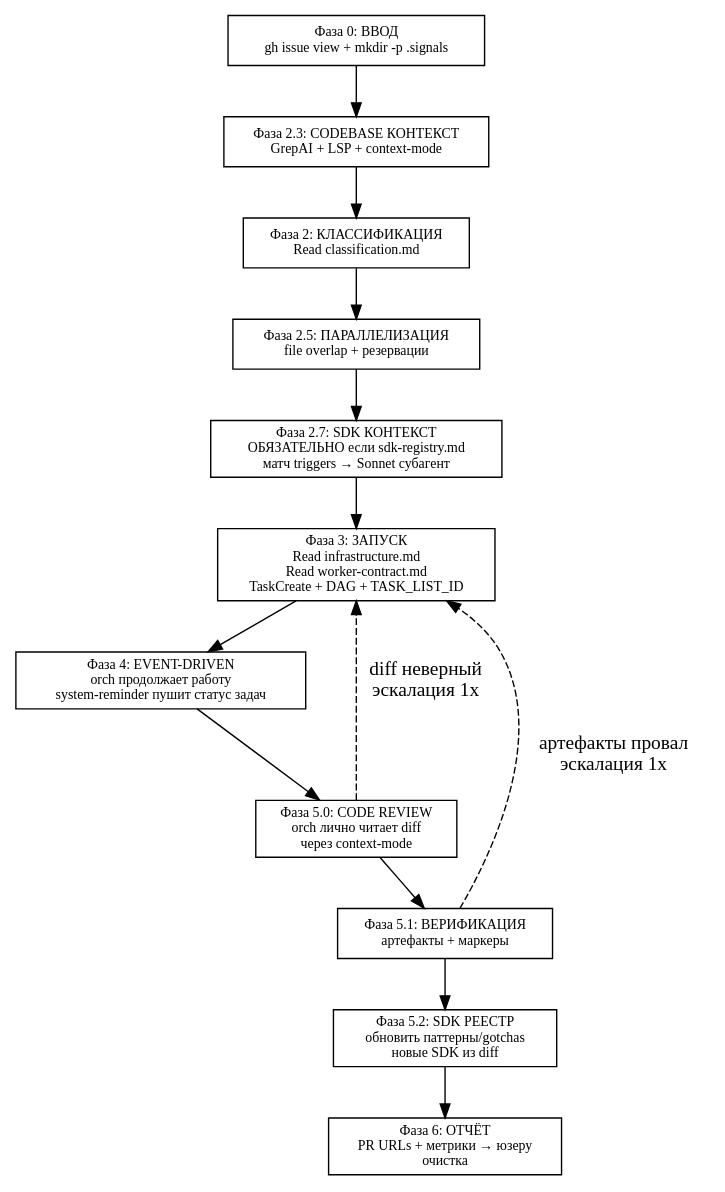
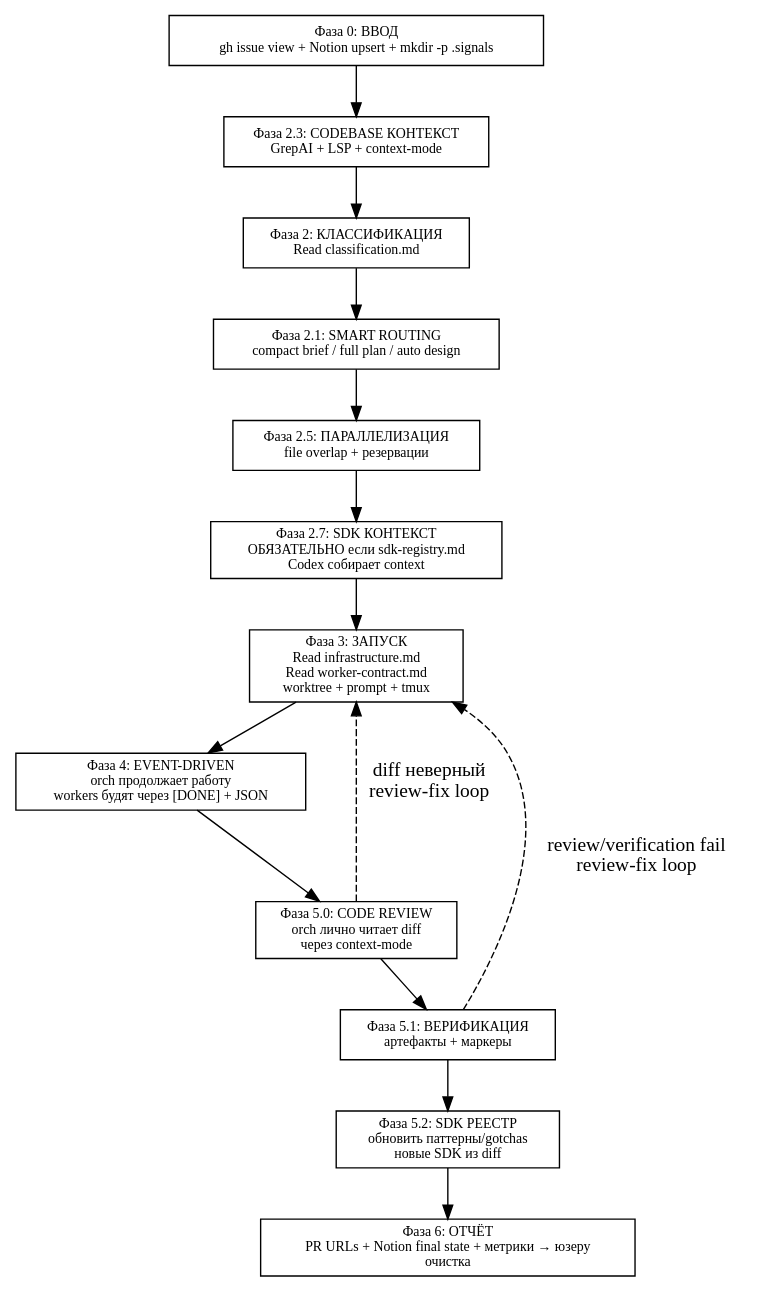
The diagram in .claude/skills/tmux-swarm-orchestration/SKILL.md (yastman/rag), drawn with Graphviz before and after one commit. The commit also changed other lines of this file and 4 other files, not shown here.

````diff
--- a/.claude/skills/tmux-swarm-orchestration/SKILL.md
+++ b/.claude/skills/tmux-swarm-orchestration/SKILL.md
@@ -28,20 +224,21 @@
 ```dot
 digraph flow {
   rankdir=TB; node [shape=box, fontsize=10];
-  init [label="Фаза 0: ВВОД\ngh issue view + mkdir -p .signals"];
+  init [label="Фаза 0: ВВОД\ngh issue view + Notion upsert + mkdir -p .signals"];
   codebase [label="Фаза 2.3: CODEBASE КОНТЕКСТ\nGrepAI + LSP + context-mode"];
   classify [label="Фаза 2: КЛАССИФИКАЦИЯ\nRead classification.md"];
+  brief [label="Фаза 2.1: SMART ROUTING\ncompact brief / full plan / auto design"];
   parallel [label="Фаза 2.5: ПАРАЛЛЕЛИЗАЦИЯ\nfile overlap + резервации"];
-  sdk [label="Фаза 2.7: SDK КОНТЕКСТ\nОБЯЗАТЕЛЬНО если sdk-registry.md\nматч triggers → Sonnet субагент"];
-  spawn [label="Фаза 3: ЗАПУСК\nRead infrastructure.md\nRead worker-contract.md\nTaskCreate + DAG + TASK_LIST_ID"];
-  wait [label="Фаза 4: EVENT-DRIVEN\norch продолжает работу\nsystem-reminder пушит статус задач"];
+  sdk [label="Фаза 2.7: SDK КОНТЕКСТ\nОБЯЗАТЕЛЬНО если sdk-registry.md\nCodex собирает context"];
+  spawn [label="Фаза 3: ЗАПУСК\nRead infrastructure.md\nRead worker-contract.md\nworktree + prompt + tmux"];
+  wait [label="Фаза 4: EVENT-DRIVEN\norch продолжает работу\nworkers будят через [DONE] + JSON"];
   review [label="Фаза 5.0: CODE REVIEW\norch лично читает diff\nчерез context-mode"];
   verify [label="Фаза 5.1: ВЕРИФИКАЦИЯ\nартефакты + маркеры"];
   sdkupd [label="Фаза 5.2: SDK РЕЕСТР\nобновить паттерны/gotchas\nновые SDK из diff"];
-  report [label="Фаза 6: ОТЧЁТ\nPR URLs + метрики → юзеру\nочистка"];
+  report [label="Фаза 6: ОТЧЁТ\nPR URLs + Notion final state + метрики → юзеру\nочистка"];
 
-  init -> codebase -> classify -> parallel -> sdk -> spawn -> wait -> review -> verify -> sdkupd -> report;
-  review -> spawn [label="diff неверный\nэскалация 1x", style=dashed];
-  verify -> spawn [label="артефакты провал\nэскалация 1x", style=dashed];
+  init -> codebase -> classify -> brief -> parallel -> sdk -> spawn -> wait -> review -> verify -> sdkupd -> report;
+  review -> spawn [label="diff неверный\nreview-fix loop", style=dashed];
+  verify -> spawn [label="review/verification fail\nreview-fix loop", style=dashed];
 }
 ```
````
